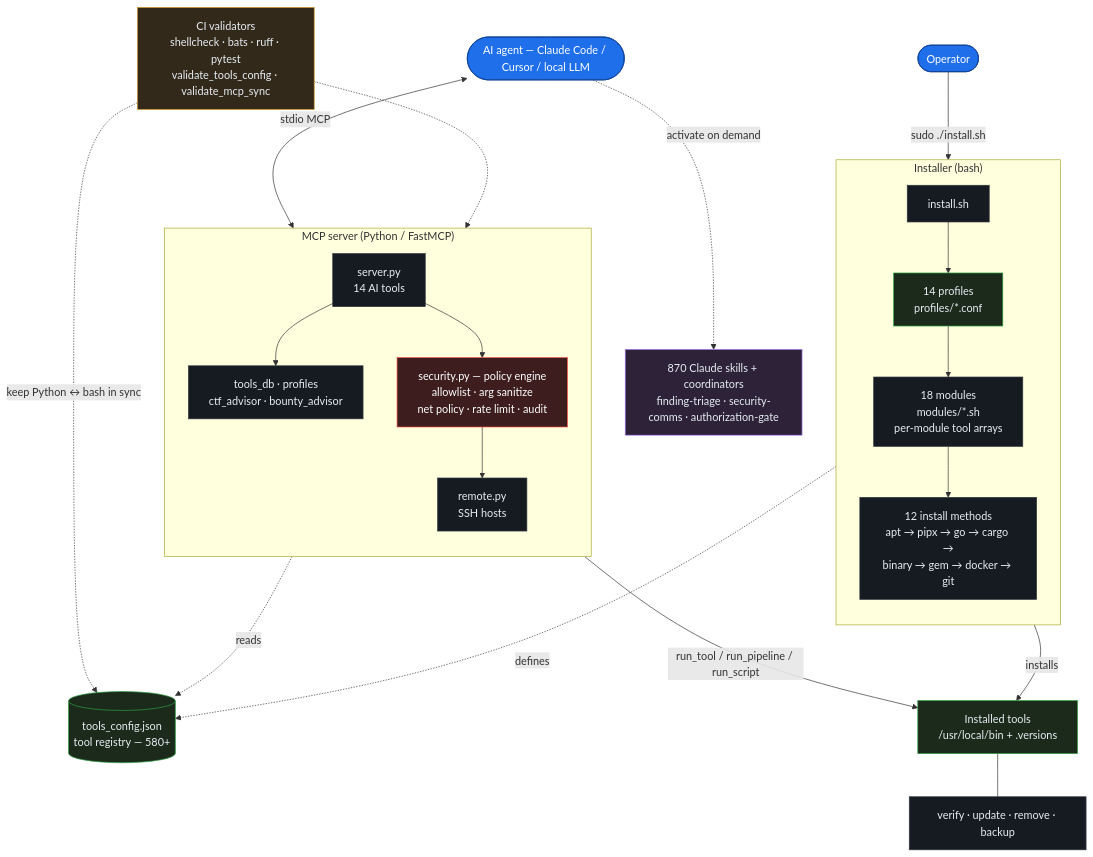
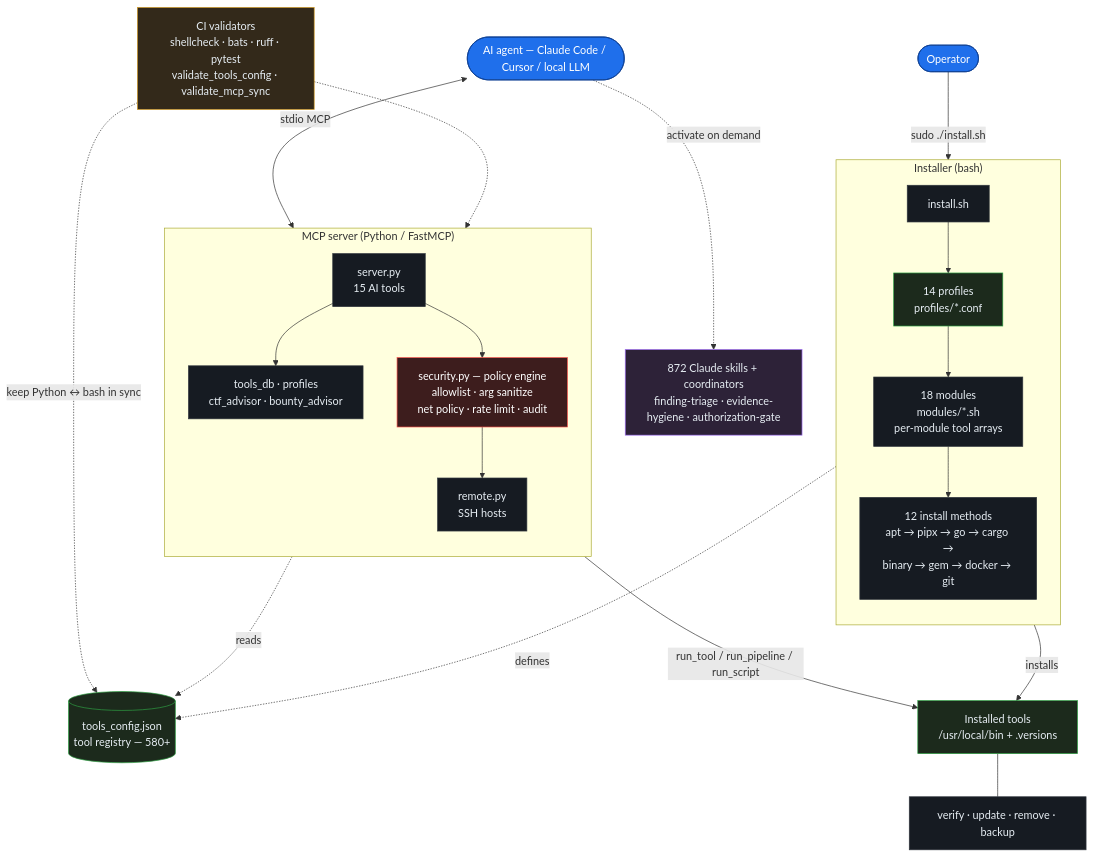
The diagram in README.md (26zl/cybersec-toolkit), drawn with Mermaid before and after one commit. The commit also changed other lines of this file and 102 other files, not shown here.

````diff
--- a/README.md
+++ b/README.md
@@ -27,50 +29,50 @@
 ```mermaid
 flowchart TB
     user(["Operator"]):::actor
     ai(["AI agent — Claude Code / Cursor / local LLM"]):::actor
 
     subgraph INSTALL["Installer (bash)"]
         direction TB
         sh["install.sh"]:::core
         prof["14 profiles<br/>profiles/*.conf"]:::data
         mod["18 modules<br/>modules/*.sh<br/>per-module tool arrays"]:::core
         meth["12 install methods<br/>apt → pipx → go → cargo →<br/>binary → gem → docker → git"]:::core
         sh --> prof --> mod --> meth
     end
 
     subgraph MCP["MCP server (Python / FastMCP)"]
         direction TB
-        srv["server.py<br/>14 AI tools"]:::core
+        srv["server.py<br/>15 AI tools"]:::core
         adv["tools_db · profiles<br/>ctf_advisor · bounty_advisor"]:::core
         sec["security.py — policy engine<br/>allowlist · arg sanitize<br/>net policy · rate limit · audit"]:::sec
         rem["remote.py<br/>SSH hosts"]:::core
         srv --> adv
         srv --> sec --> rem
     end
 
     reg[("tools_config.json<br/>tool registry — 580+")]:::data
     disk["Installed tools<br/>/usr/local/bin + .versions"]:::data
     post["verify · update · remove · backup"]:::core
-    skills["870 Claude skills + coordinators<br/>finding-triage · security-comms · authorization-gate"]:::skill
+    skills["872 Claude skills + coordinators<br/>finding-triage · evidence-hygiene · authorization-gate"]:::skill
     ci["CI validators<br/>shellcheck · bats · ruff · pytest<br/>validate_tools_config · validate_mcp_sync"]:::ci
 
     user -->|"sudo ./install.sh"| sh
     ai <-->|"stdio MCP"| srv
     ai -.->|"activate on demand"| skills
 
     meth -->|"installs"| disk
     sec -->|"run_tool / run_pipeline / run_script"| disk
     disk --- post
 
     mod -.->|"defines"| reg
     adv -.->|"reads"| reg
     ci -.->|"keep Python ↔ bash in sync"| reg
     ci -.-> srv
 
     classDef actor fill:#1f6feb,stroke:#0b3d91,color:#ffffff;
     classDef core fill:#161b22,stroke:#30363d,color:#e6edf3;
     classDef data fill:#1c2a1c,stroke:#2ea043,color:#e6edf3;
     classDef sec fill:#3d1d1d,stroke:#f85149,color:#ffffff;
     classDef skill fill:#2d2238,stroke:#a371f7,color:#e6edf3;
     classDef ci fill:#33291a,stroke:#d29922,color:#e6edf3;
 ```
````
